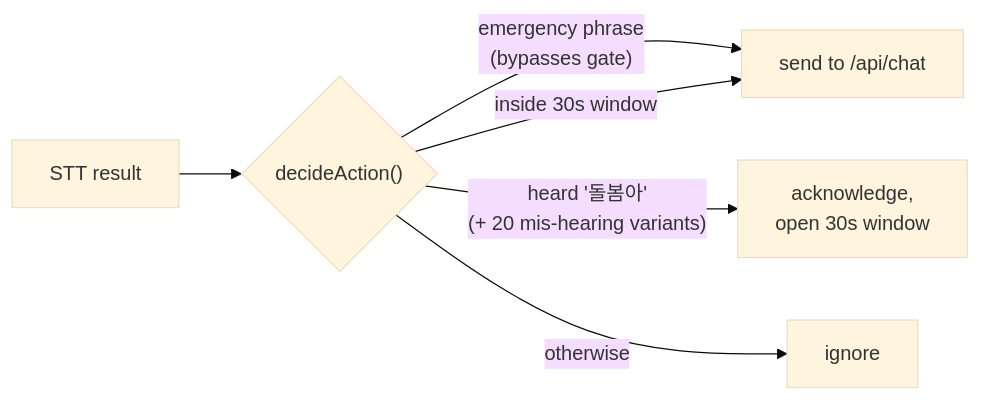
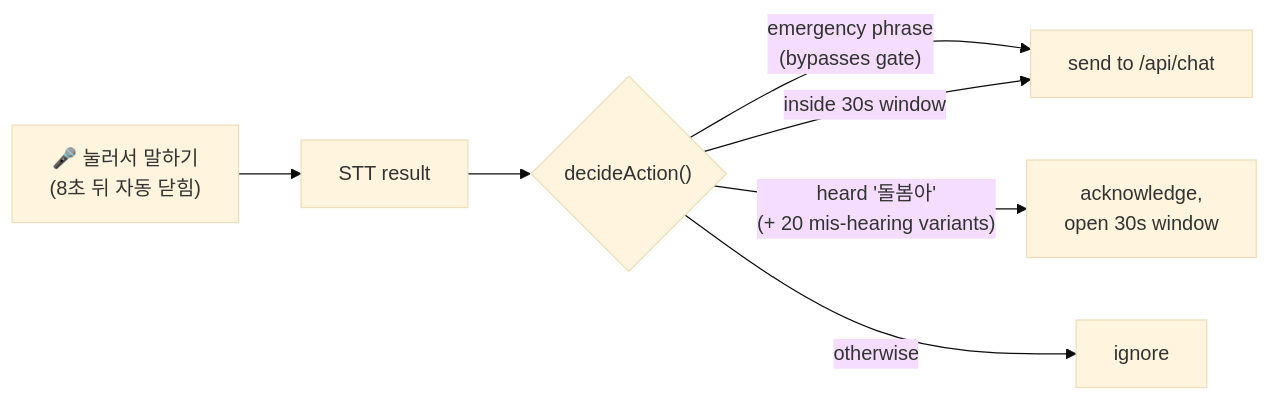
Before and after one commit to fredhj0912-hub/silver-care-robot: the fifth of 5 diagrams in docs/architecture.md, drawn with Mermaid (base theme). The commit also changed other lines of this file and 10 other files, not shown here.

````diff
--- a/docs/architecture.md
+++ b/docs/architecture.md
@@ -145,8 +154,9 @@
 ```mermaid
 flowchart LR
+    Btn["🎤 눌러서 말하기<br/>(8초 뒤 자동 닫힘)"] --> STT
     STT["STT result"] --> Decide{"decideAction()"}
     Decide -->|"emergency phrase<br/>(bypasses gate)"| Send["send to /api/chat"]
     Decide -->|"heard '돌봄아'<br/>(+ 20 mis-hearing variants)"| Ack["acknowledge,<br/>open 30s window"]
     Decide -->|"inside 30s window"| Send
     Decide -->|"otherwise"| Ignore["ignore"]
 ```
````
